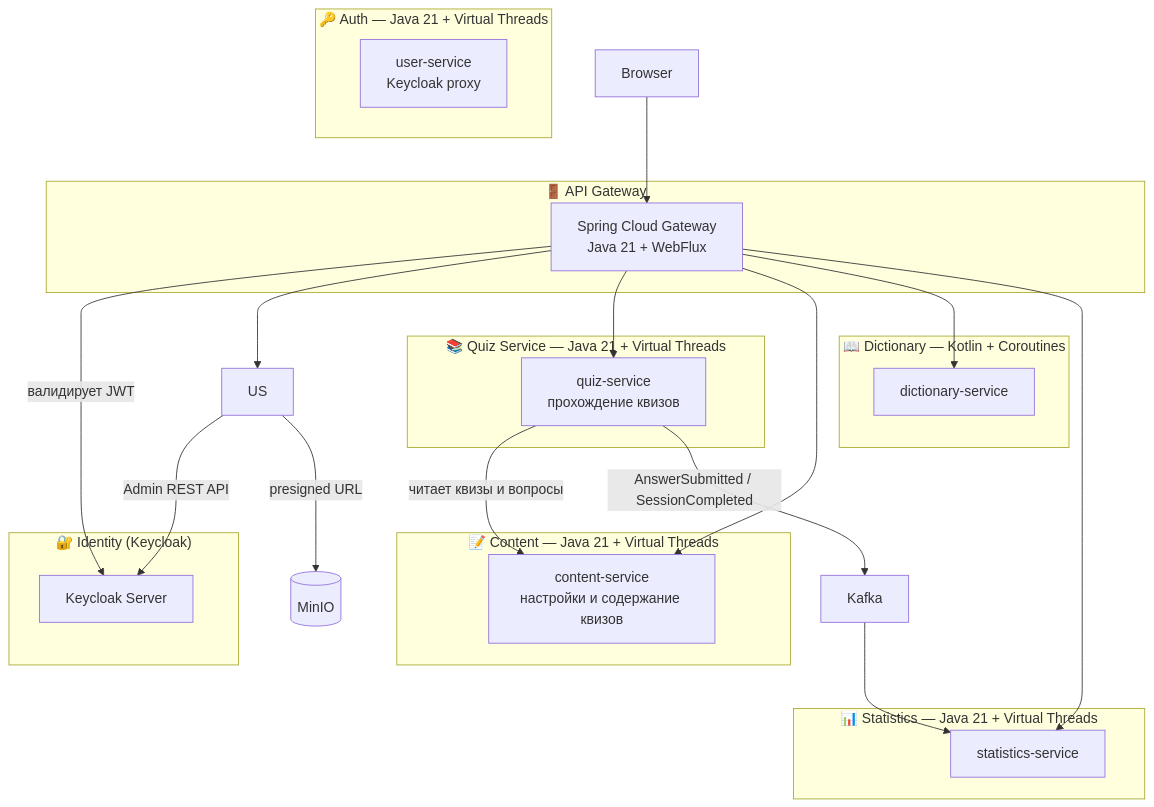
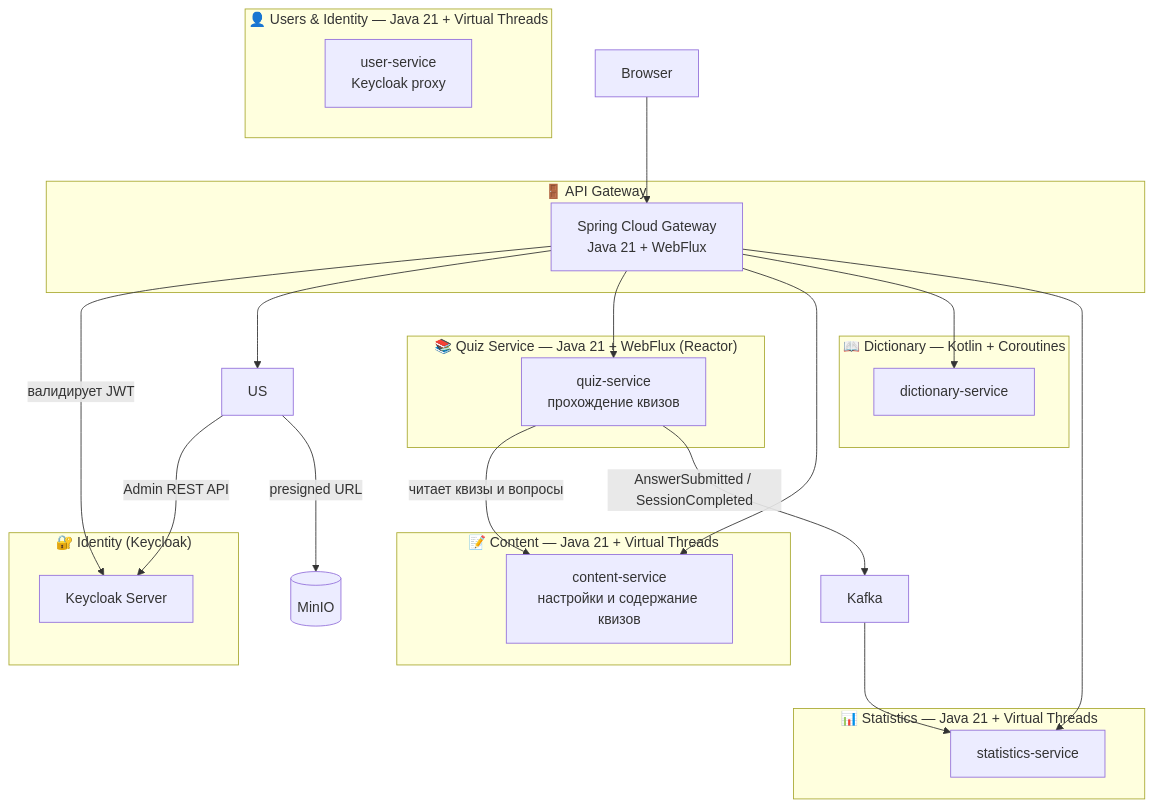
One commit to sergijm/samskrtam changed the diagram in docs/README.md. Above: the diagram before and after it, drawn with Mermaid. The commit also changed other lines of this file and 40 other files, not shown here.

````diff
--- a/docs/README.md
+++ b/docs/README.md
@@ -61,43 +61,43 @@
 ```mermaid
 graph TD
   subgraph Identity ["🔐 Identity (Keycloak)"]
     KC[Keycloak Server]
   end
 
   subgraph Gateway ["🚪 API Gateway"]
     GW[Spring Cloud Gateway\nJava 21 + WebFlux]
   end
 
-  subgraph Auth ["🔑 Auth — Java 21 + Virtual Threads"]
+  subgraph IdentityUsers ["👤 Users & Identity — Java 21 + Virtual Threads"]
     AS[user-service\nKeycloak proxy]
   end
 
   subgraph Content ["📝 Content — Java 21 + Virtual Threads"]
     CS[content-service\nнастройки и содержание квизов]
   end
 
-  subgraph Quiz ["📚 Quiz Service — Java 21 + Virtual Threads"]
+  subgraph Quiz ["📚 Quiz Service — Java 21 + WebFlux (Reactor)"]
     QS[quiz-service\nпрохождение квизов]
   end
 
   subgraph Dictionary ["📖 Dictionary — Kotlin + Coroutines"]
     DS[dictionary-service]
   end
 
   subgraph Stats ["📊 Statistics — Java 21 + Virtual Threads"]
     ST[statistics-service]
   end
 
   Browser --> GW
   GW -->|валидирует JWT| KC
   GW --> US
   US -->|Admin REST API| KC
   US -->|presigned URL| MinIO[(MinIO)]
   GW --> QS
   GW --> CS
   GW --> DS
   GW --> ST
   QS -->|читает квизы и вопросы| CS
   QS -->|AnswerSubmitted / SessionCompleted| Kafka
   Kafka --> ST
 ```
````
